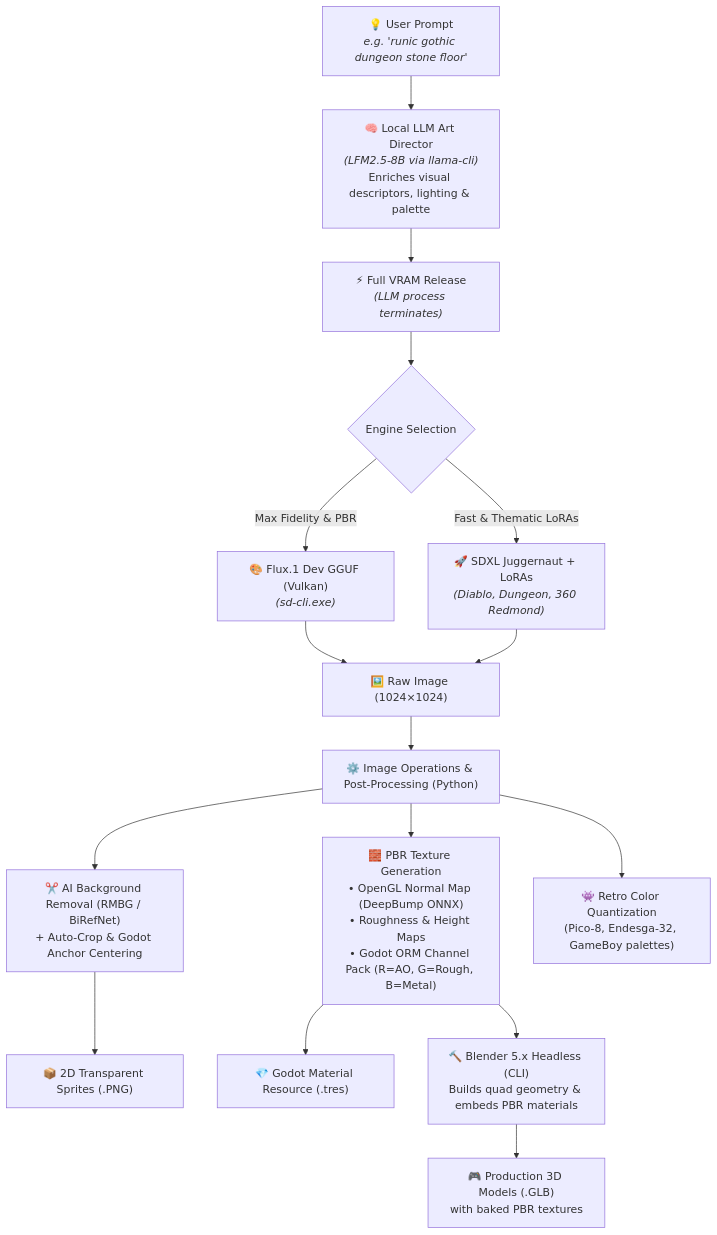
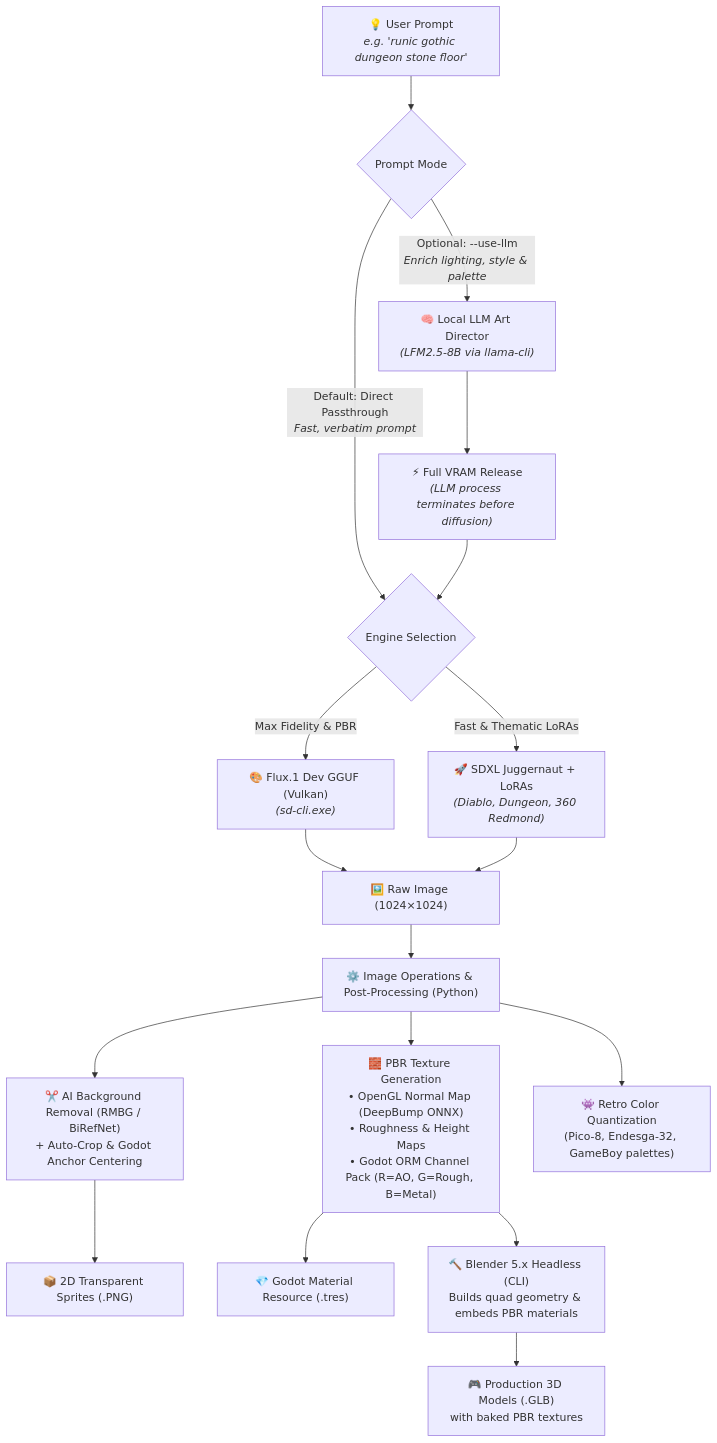
The first of 2 diagrams in README.md (laurentvv/generator-assets), drawn with Mermaid before and after one commit. The commit also changed other lines of this file, not shown here.

Commit message:
docs: clarify optional LLM Art Director and integrate full MakeHuman wardrobe & skin tools

````diff
--- a/README.md
+++ b/README.md
@@ -72,26 +72,28 @@
 ```mermaid
 flowchart TD
-    UserPrompt["💡 User Prompt<br><i>e.g. 'runic gothic dungeon stone floor'</i>"] --> LLM["🧠 Local LLM Art Director<br><i>(LFM2.5-8B via llama-cli)</i><br>Enriches visual descriptors, lighting & palette"]
+    UserPrompt["💡 User Prompt<br><i>e.g. 'runic gothic dungeon stone floor'</i>"] --> ModeChoice{Prompt Mode}
     
-    LLM --> VRAM_Free["⚡ Full VRAM Release<br><i>(LLM process terminates)</i>"]
+    ModeChoice -->|Default: Direct Passthrough<br><i>Fast, verbatim prompt</i>| EngineSelect{Engine Selection}
+    ModeChoice -->|Optional: --use-llm<br><i>Enrich lighting, style & palette</i>| LLM["🧠 Local LLM Art Director<br><i>(LFM2.5-8B via llama-cli)</i>"]
     
-    VRAM_Free --> EngineSelect{Engine Selection}
+    LLM --> VRAM_Free["⚡ Full VRAM Release<br><i>(LLM process terminates before diffusion)</i>"]
+    VRAM_Free --> EngineSelect
     
     EngineSelect -->|Max Fidelity & PBR| Flux["🎨 Flux.1 Dev GGUF (Vulkan)<br><i>(sd-cli.exe)</i>"]
     EngineSelect -->|Fast & Thematic LoRAs| SDXL["🚀 SDXL Juggernaut + LoRAs<br><i>(Diablo, Dungeon, 360 Redmond)</i>"]
     
     Flux --> ImgOut["🖼️ Raw Image (1024×1024)"]
     SDXL --> ImgOut
     
     ImgOut --> ImageOps["⚙️ Image Operations & Post-Processing (Python)"]
     
     ImageOps --> Mode2D["✂️ AI Background Removal (RMBG / BiRefNet)<br>+ Auto-Crop & Godot Anchor Centering"]
     ImageOps --> ModePBR["🧱 PBR Texture Generation<br>• OpenGL Normal Map (DeepBump ONNX)<br>• Roughness & Height Maps<br>• Godot ORM Channel Pack (R=AO, G=Rough, B=Metal)"]
     ImageOps --> ModePixel["👾 Retro Color Quantization<br>(Pico-8, Endesga-32, GameBoy palettes)"]
     
     Mode2D --> Godot2D["📦 2D Transparent Sprites (.PNG)"]
     ModePBR --> GodotTres["💎 Godot Material Resource (.tres)"]
     ModePBR --> Blender["🔨 Blender 5.x Headless (CLI)<br>Builds quad geometry & embeds PBR materials"]
     
     Blender --> GodotGLB["🎮 Production 3D Models (.GLB)<br>with baked PBR textures"]
 ```
````
